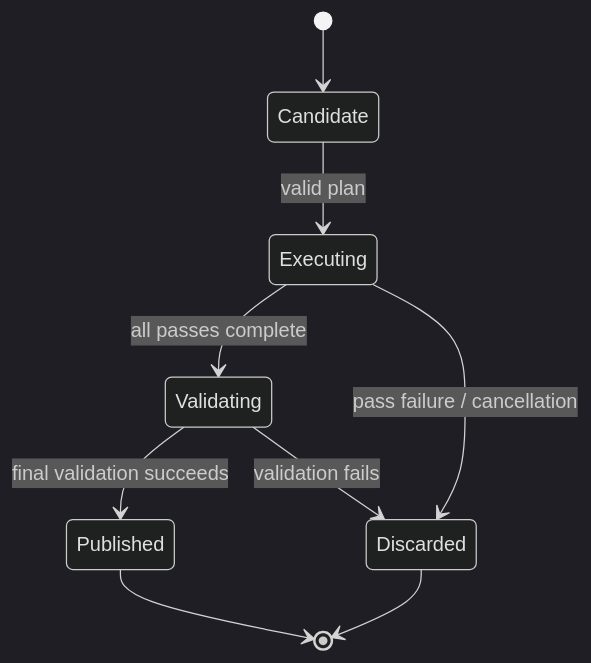
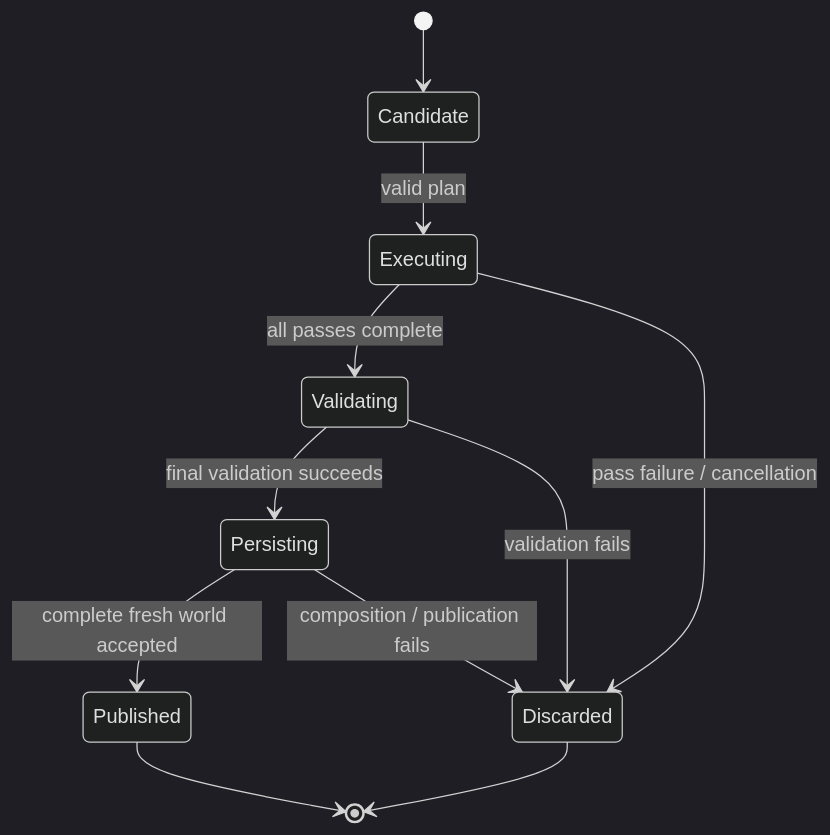
Before and after one commit to VegaKernel/TerraRuntime: the fifth of 5 diagrams in docs/en/world-generation.md, drawn with Mermaid (dark theme). The commit also changed other lines of this file, not shown here.

````diff
--- a/docs/en/world-generation.md
+++ b/docs/en/world-generation.md
@@ -138,11 +165,13 @@
 ```mermaid
 stateDiagram-v2
     [*] --> Candidate
     Candidate --> Executing: valid plan
     Executing --> Validating: all passes complete
     Executing --> Discarded: pass failure / cancellation
-    Validating --> Published: final validation succeeds
+    Validating --> Persisting: final validation succeeds
     Validating --> Discarded: validation fails
+    Persisting --> Published: complete fresh world accepted
+    Persisting --> Discarded: composition / publication fails
     Published --> [*]
     Discarded --> [*]
 ```
````
